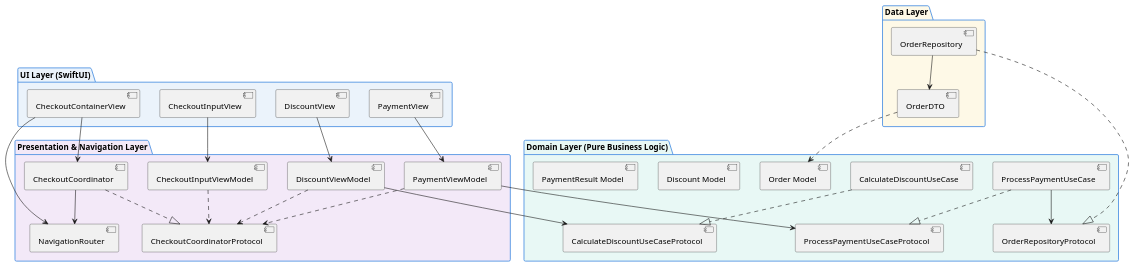
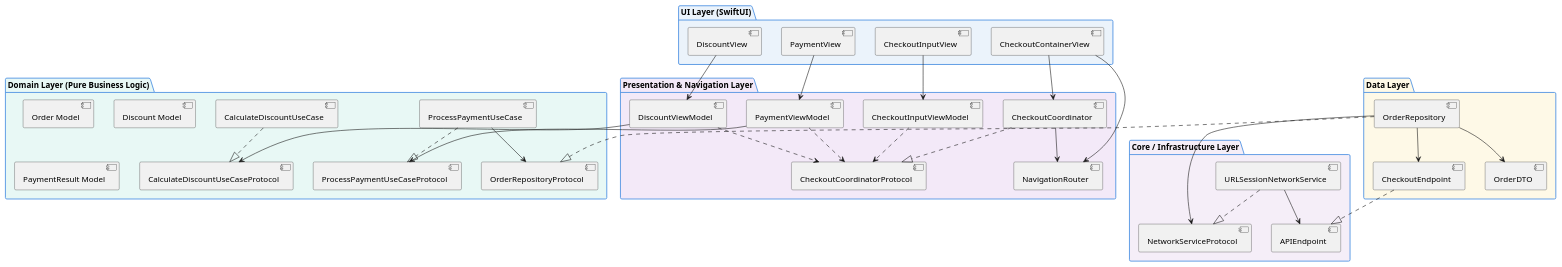
Before and after one commit to lwrnczeng/MVVMC-Blueprint: the diagram in Diagrams/01_layer_dependencies.puml, drawn with PlantUML. The commit also changed 12 other files, not shown here.

```diff
--- a/Diagrams/01_layer_dependencies.puml
+++ b/Diagrams/01_layer_dependencies.puml
@@ -1,62 +1,74 @@
 @startuml LayerDependencies
 skinparam packageBackgroundColor #F8F9FA
 skinparam packageBorderColor #4A90E2
 
 package "UI Layer (SwiftUI)" #EBF3FB {
     [CheckoutContainerView]
     [CheckoutInputView]
     [DiscountView]
     [PaymentView]
 }
 
 package "Presentation & Navigation Layer" #F3E9F8 {
     [NavigationRouter]
     [CheckoutCoordinator]
     [CheckoutCoordinatorProtocol] as CoordProto
     [CheckoutInputViewModel]
     [DiscountViewModel]
     [PaymentViewModel]
 }
 
 package "Domain Layer (Pure Business Logic)" #E8F8F5 {
     [OrderRepositoryProtocol] as RepoProto
     [CalculateDiscountUseCaseProtocol] as CalcUseCaseProto
     [ProcessPaymentUseCaseProtocol] as PayUseCaseProto
     [CalculateDiscountUseCase]
     [ProcessPaymentUseCase]
     [Order Model] as Order
     [Discount Model] as Discount
     [PaymentResult Model] as PaymentResult
 }
 
 package "Data Layer" #FEF9E7 {
     [OrderRepository]
+    [CheckoutEndpoint]
     [OrderDTO]
+}
+
+package "Core / Infrastructure Layer" #F5EEF8 {
+    [NetworkServiceProtocol] as NetProto
+    [URLSessionNetworkService]
+    [APIEndpoint]
 }
 
 ' Relationships
 [CheckoutContainerView] --> [NavigationRouter]
 [CheckoutContainerView] --> [CheckoutCoordinator]
 [CheckoutInputView] --> [CheckoutInputViewModel]
 [DiscountView] --> [DiscountViewModel]
 [PaymentView] --> [PaymentViewModel]
 
 [CheckoutInputViewModel] ..> CoordProto
 [DiscountViewModel] ..> CoordProto
 [PaymentViewModel] ..> CoordProto
 
 [CheckoutCoordinator] ..|> CoordProto
 [CheckoutCoordinator] --> [NavigationRouter]
 
 [DiscountViewModel] --> CalcUseCaseProto
 [PaymentViewModel] --> PayUseCaseProto
 
 [CalculateDiscountUseCase] ..|> CalcUseCaseProto
 [ProcessPaymentUseCase] ..|> PayUseCaseProto
 [ProcessPaymentUseCase] --> RepoProto
 
 [OrderRepository] ..|> RepoProto
+[OrderRepository] --> [CheckoutEndpoint]
+[OrderRepository] --> NetProto
 [OrderRepository] --> [OrderDTO]
-[OrderDTO] ..> Order
+[CheckoutEndpoint] ..|> [APIEndpoint]
+
+[URLSessionNetworkService] ..|> NetProto
+[URLSessionNetworkService] --> [APIEndpoint]
 
 @enduml
```
